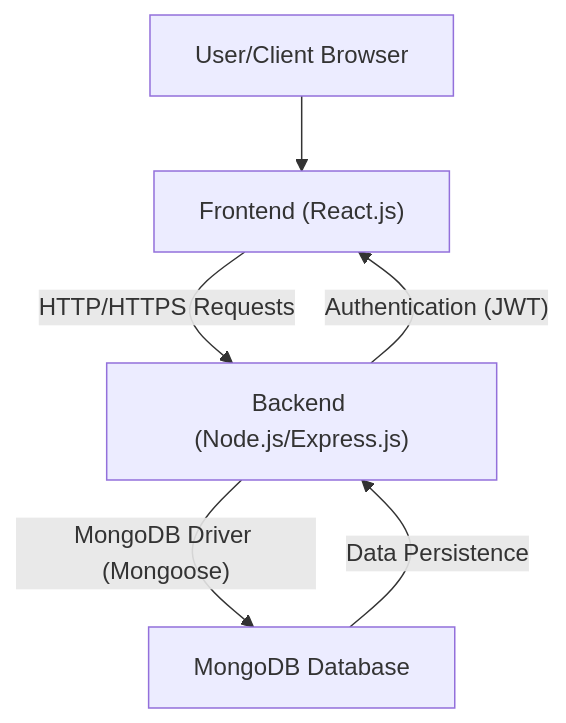
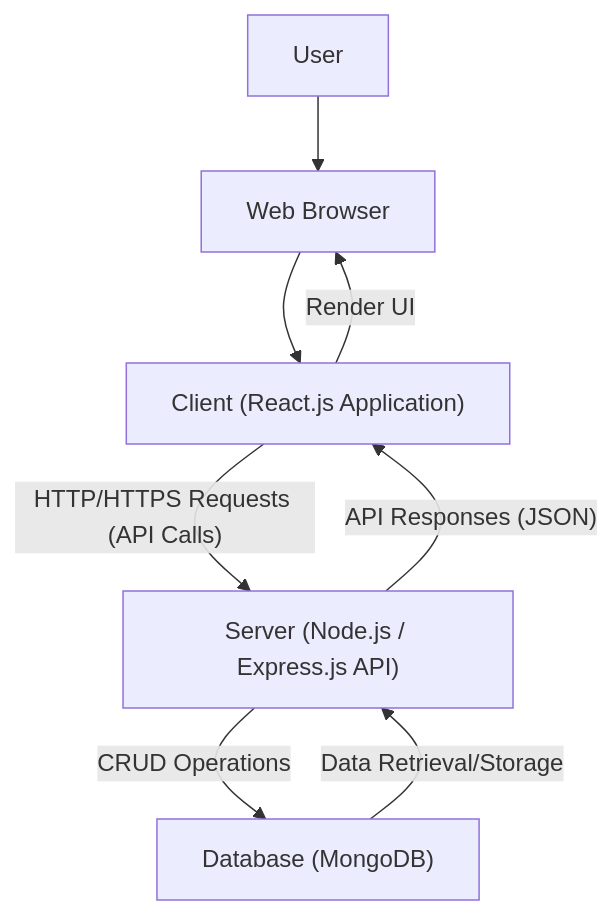
Before and after one commit to Can-Ozan/Devportfolio: the diagram in README.md, drawn with Mermaid. The commit also changed other lines of this file, not shown here.

````diff
--- a/README.md
+++ b/README.md
@@ -69,8 +90,10 @@
 ```mermaid
 graph TD
-    A["User/Client Browser"] --> B["Frontend (React.js)"]
-    B -- "HTTP/HTTPS Requests" --> C["Backend (Node.js/Express.js)"]
-    C -- "MongoDB Driver (Mongoose)" --> D["MongoDB Database"]
-    C -- "Authentication (JWT)" --> B
-    D -- "Data Persistence" --> C
+    A["User"] --> B["Web Browser"];
+    B --> C["Client (React.js Application)"];
+    C -- "HTTP/HTTPS Requests (API Calls)" --> D["Server (Node.js / Express.js API)"];
+    D -- "CRUD Operations" --> E["Database (MongoDB)"];
+    E -- "Data Retrieval/Storage" --> D;
+    D -- "API Responses (JSON)" --> C;
+    C -- "Render UI" --> B;
 ```
````
